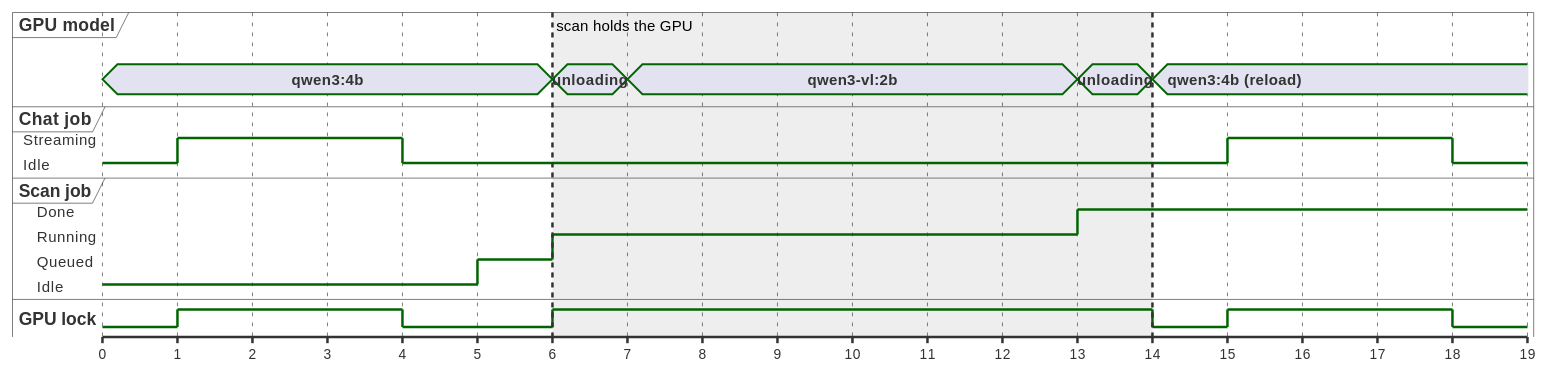
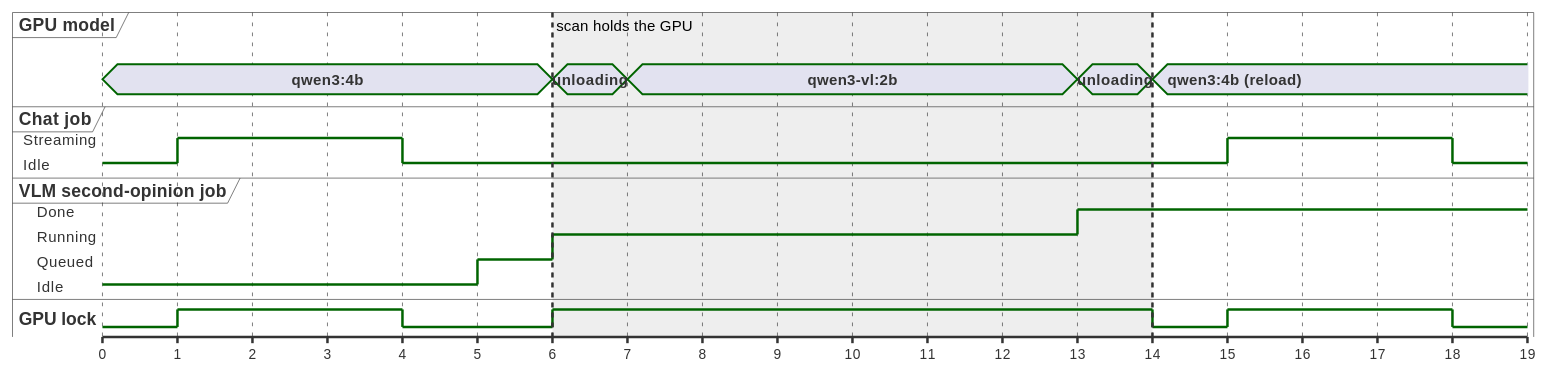
One commit to Lucifer-Newstar/Ascend changed the diagram in docs/architecture/uml/timing-diagram.md. Above: the diagram before and after it, drawn with PlantUML. The commit also changed other lines of this file and 40 other files, not shown here.

````diff
--- a/docs/architecture/uml/timing-diagram.md
+++ b/docs/architecture/uml/timing-diagram.md
@@ -7,52 +8,52 @@
 ```plantuml
 @startuml ascend-gpu-timing
 scale 1 as 60 pixels
 concise "GPU model" as GPU
 robust "Chat job" as CHAT
-robust "Scan job" as SCAN
+robust "VLM second-opinion job" as SCAN
 binary "GPU lock" as LOCK
 
 @0
 GPU is "qwen3:4b"
 CHAT is Idle
 SCAN is Idle
 LOCK is low
 
 @1
 CHAT is Streaming
 LOCK is high
 
 @4
 CHAT is Idle
 LOCK is low
 
 @5
 SCAN is Queued
 
 @6
 SCAN is Running
 LOCK is high
 GPU is "unloading"
 
 @7
 GPU is "qwen3-vl:2b"
 
 @13
 GPU is "unloading"
 SCAN is Done
 
 @14
 GPU is "qwen3:4b (reload)"
 LOCK is low
 
 @15
 CHAT is Streaming
 LOCK is high
 
 @18
 CHAT is Idle
 LOCK is low
 
 highlight 6 to 14 : scan holds the GPU
 @enduml
 ```
````
